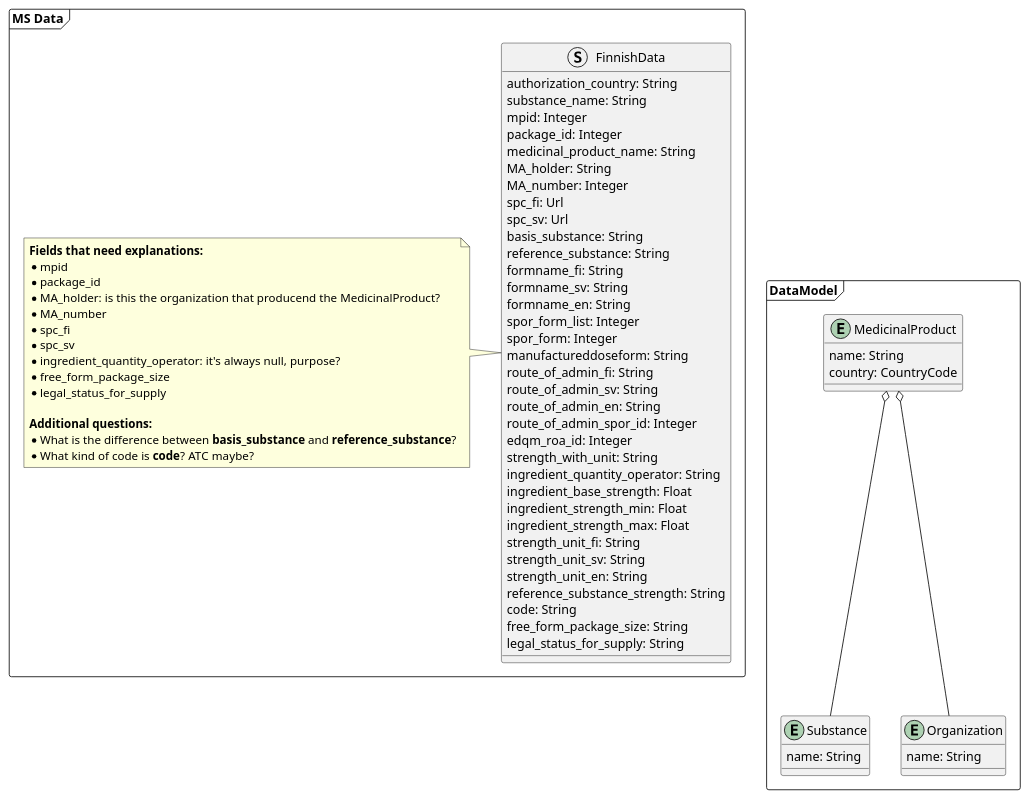
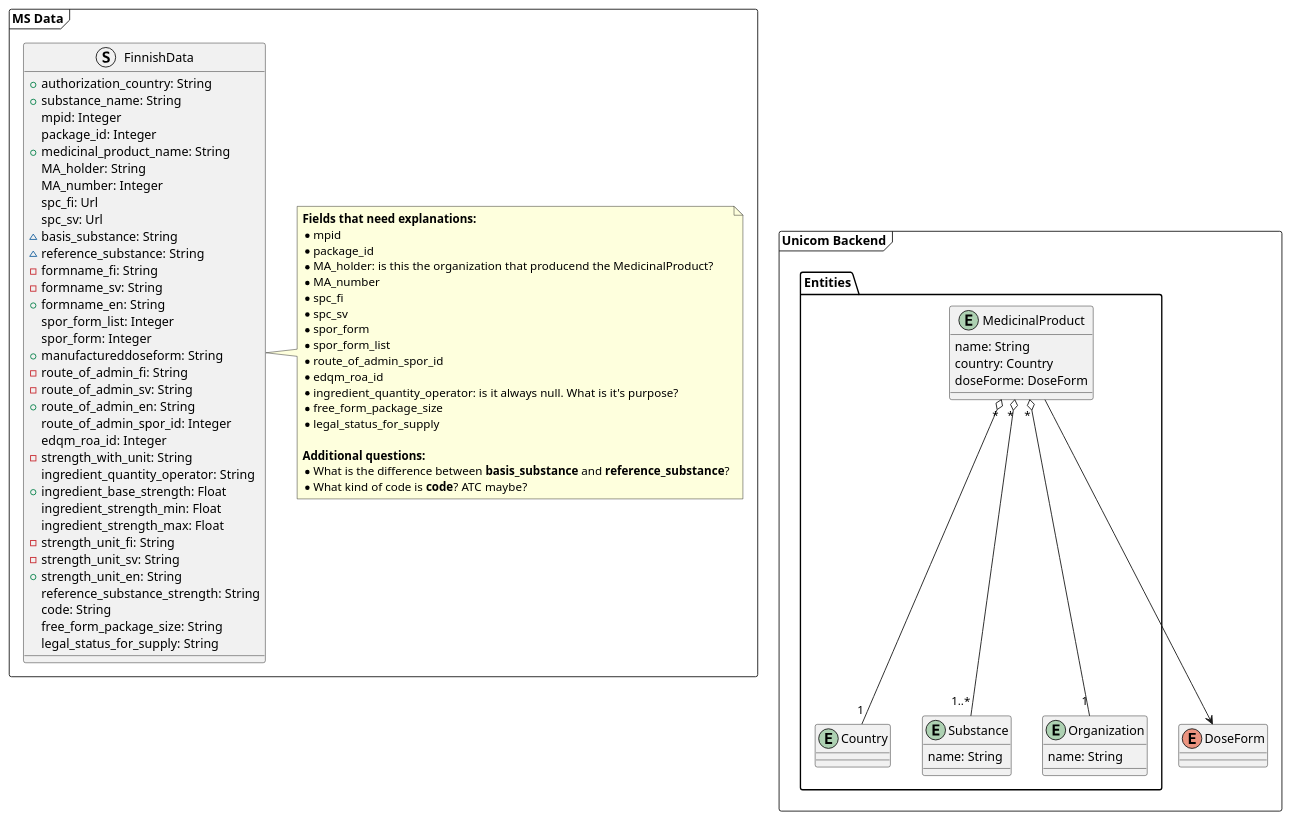
Before and after one commit to unicom-project-eu/wp6-db-api: the diagram in uml/datamodel.puml, drawn with PlantUML.

Commit message:
Subdivided in packages

```diff
--- a/uml/datamodel.puml
+++ b/uml/datamodel.puml
@@ -2,75 +2,88 @@
 @startuml
 package "MS Data" <<frame>> {
     struct FinnishData {
-        authorization_country: String
-        substance_name: String
+        + authorization_country: String
+        + substance_name: String
         mpid: Integer
         package_id: Integer
-        medicinal_product_name: String
+        + medicinal_product_name: String
         MA_holder: String
         MA_number: Integer
         spc_fi: Url
         spc_sv: Url
-        basis_substance: String
-        reference_substance: String
-        formname_fi: String
-        formname_sv: String
-        formname_en: String
+        ~ basis_substance: String
+        ~ reference_substance: String
+        - formname_fi: String
+        - formname_sv: String
+        + formname_en: String
         spor_form_list: Integer
         spor_form: Integer
-        manufactureddoseform: String
-        route_of_admin_fi: String
-        route_of_admin_sv: String
-        route_of_admin_en: String
+        + manufactureddoseform: String
+        - route_of_admin_fi: String
+        - route_of_admin_sv: String
+        + route_of_admin_en: String
         route_of_admin_spor_id: Integer
         edqm_roa_id: Integer
-        strength_with_unit: String
+        - strength_with_unit: String
         ingredient_quantity_operator: String
-        ingredient_base_strength: Float
+        + ingredient_base_strength: Float
         ingredient_strength_min: Float
         ingredient_strength_max: Float
-        strength_unit_fi: String
-        strength_unit_sv: String
-        strength_unit_en: String
+        - strength_unit_fi: String
+        - strength_unit_sv: String
+        + strength_unit_en: String
         reference_substance_strength: String
         code: String
         free_form_package_size: String
         legal_status_for_supply: String
     }
 
-    note left of FinnishData
+    note right of FinnishData
         **Fields that need explanations:**
         * mpid
         * package_id
         * MA_holder: is this the organization that producend the MedicinalProduct?
         * MA_number
         * spc_fi
         * spc_sv
-        * ingredient_quantity_operator: it's always null, purpose?
+        * spor_form
+        * spor_form_list
+        * route_of_admin_spor_id
+        * edqm_roa_id
+        * ingredient_quantity_operator: is it always null. What is it's purpose?
         * free_form_package_size
         * legal_status_for_supply
 
         **Additional questions:**
         * What is the difference between **basis_substance** and **reference_substance**?
         * What kind of code is **code**? ATC maybe?
     end note
 }
 
-package DataModel <<frame>> {
-    entity Substance {
-        name: String
+package "Unicom Backend" <<frame>> {
+    enum DoseForm {}
+
+    package Entities {
+        entity Country {}
+
+        entity Substance {
+            name: String
+        }
+
+        entity MedicinalProduct {
+            name: String
+            country: Country
+            doseForme: DoseForm
+        }
+
+        entity Organization {
+            name: String
+        }
+
+        MedicinalProduct --> DoseForm
+        MedicinalProduct "*" o-- "1" Country
+        MedicinalProduct "*" o-- "1" Organization
+        MedicinalProduct "*" o-- "1..*" Substance
     }
-
-    entity MedicinalProduct {
-        name: String
-        country: CountryCode
-    }
-
-    entity Organization {
-        name: String
-    }
-
-    MedicinalProduct o-- Organization
-    MedicinalProduct o-- Substance
 }
 @enduml
```
